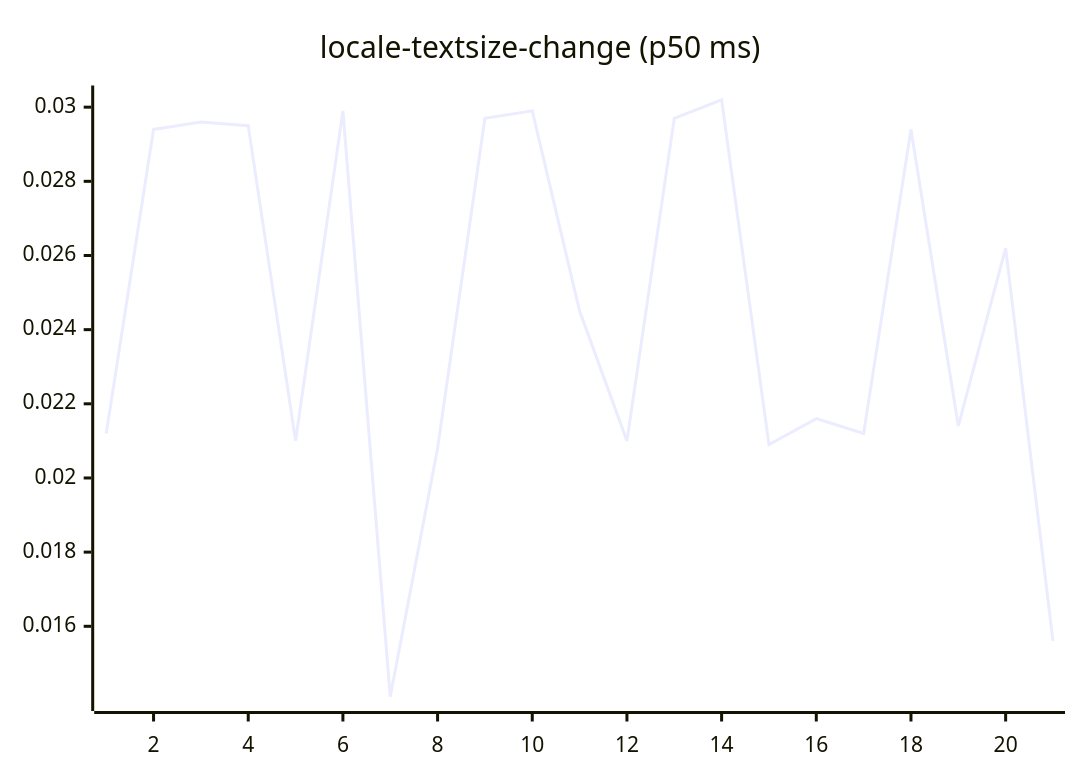
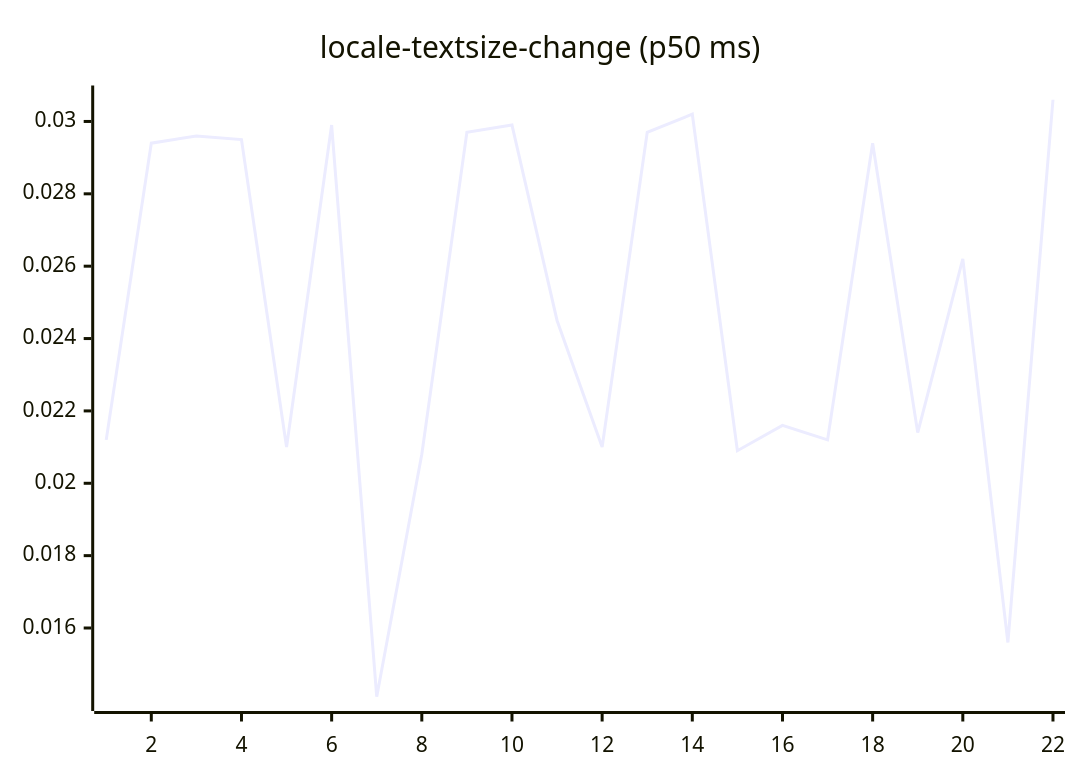
Before and after one commit to josha/Facet: diagram 13 of 27 in README.md, drawn with Mermaid. The commit also changed other lines of this file and 2 other files, not shown here.

````diff
--- a/README.md
+++ b/README.md
@@ -147,6 +147,6 @@
 ```mermaid
 xychart-beta
     title "locale-textsize-change (p50 ms)"
-    x-axis 1 --> 21
-    line [0.0212, 0.0294, 0.0296, 0.0295, 0.0210, 0.0299, 0.0141, 0.0208, 0.0297, 0.0299, 0.0245, 0.0210, 0.0297, 0.0302, 0.0209, 0.0216, 0.0212, 0.0294, 0.0214, 0.0262, 0.0156]
+    x-axis 1 --> 22
+    line [0.0212, 0.0294, 0.0296, 0.0295, 0.0210, 0.0299, 0.0141, 0.0208, 0.0297, 0.0299, 0.0245, 0.0210, 0.0297, 0.0302, 0.0209, 0.0216, 0.0212, 0.0294, 0.0214, 0.0262, 0.0156, 0.0306]
 ```
````
